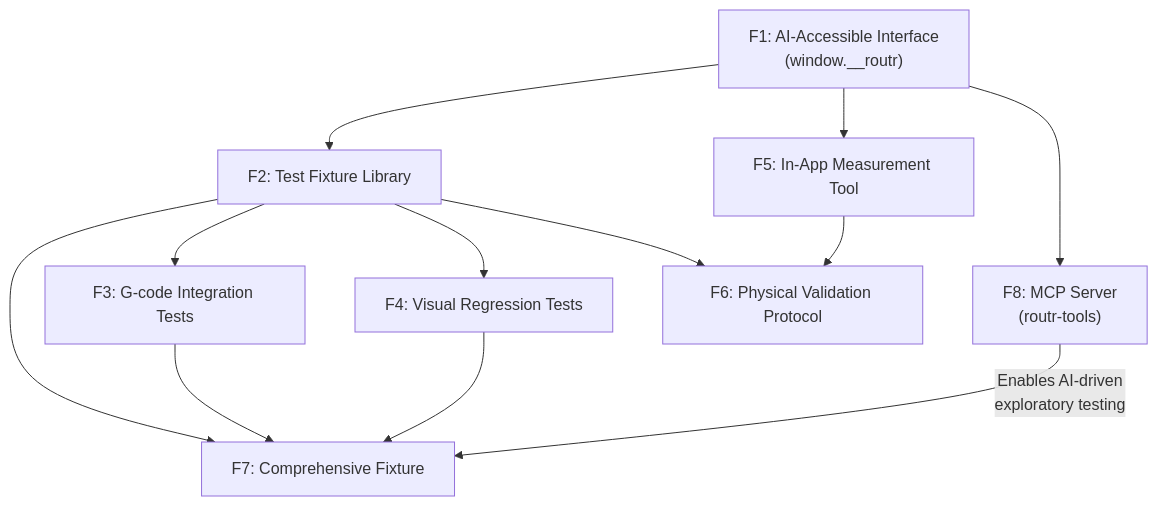
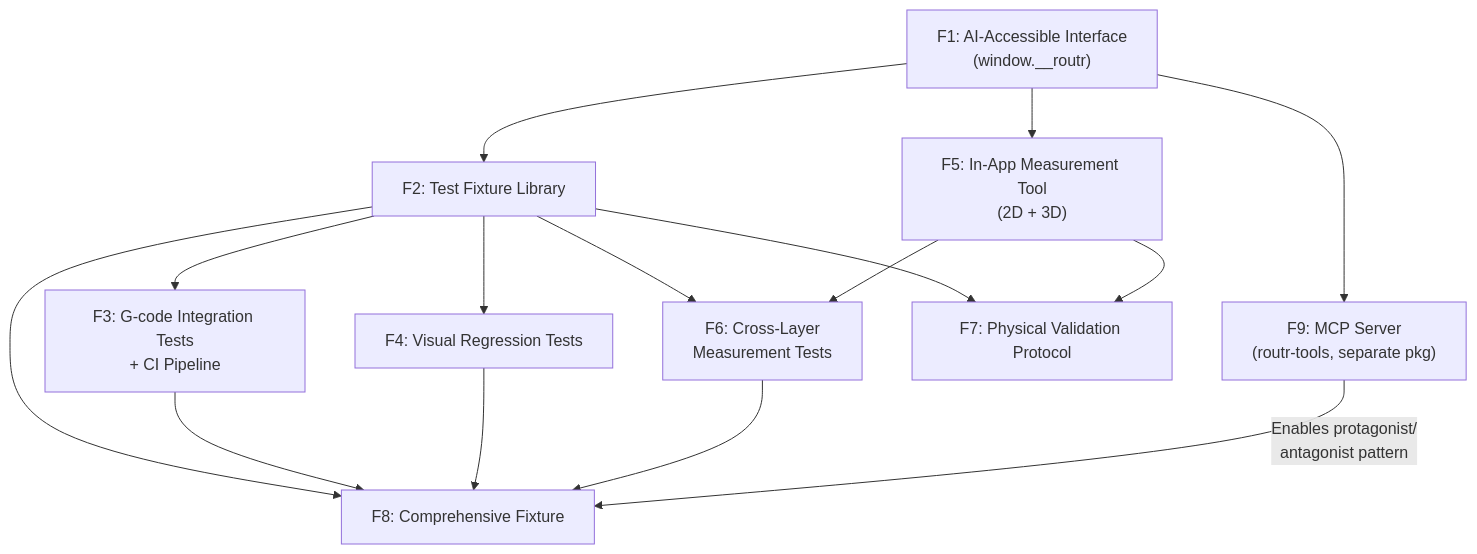
The eighth of 8 diagrams in docs/projects/routr/epics/validation.md (danhannah94/csdlc-docs), drawn with Mermaid before and after one commit. The commit also changed other lines of this file, not shown here.

Commit message:
docs: validation epic - refinement pass 4 (quality gates, protagonist/antagonist, cross-layer measurement, integration test strategy, MCP separate pkg, Fusion 360 UX)

````diff
--- a/docs/projects/routr/epics/validation.md
+++ b/docs/projects/routr/epics/validation.md
@@ -599,14 +795,17 @@
 ```mermaid
 graph TD
     F1["F1: AI-Accessible Interface<br/>(window.__routr)"] --> F2["F2: Test Fixture Library"]
-    F1 --> F5["F5: In-App Measurement Tool"]
-    F1 --> F8["F8: MCP Server<br/>(routr-tools)"]
-    F2 --> F3["F3: G-code Integration Tests"]
+    F1 --> F5["F5: In-App Measurement Tool<br/>(2D + 3D)"]
+    F1 --> F9["F9: MCP Server<br/>(routr-tools, separate pkg)"]
+    F2 --> F3["F3: G-code Integration Tests<br/>+ CI Pipeline"]
     F2 --> F4["F4: Visual Regression Tests"]
-    F2 --> F6["F6: Physical Validation Protocol"]
+    F2 --> F6["F6: Cross-Layer<br/>Measurement Tests"]
     F5 --> F6
-    F2 --> F7["F7: Comprehensive Fixture"]
-    F3 --> F7
-    F4 --> F7
-    F8 --> |"Enables AI-driven<br/>exploratory testing"| F7
+    F2 --> F7["F7: Physical Validation Protocol"]
+    F5 --> F7
+    F2 --> F8["F8: Comprehensive Fixture"]
+    F3 --> F8
+    F4 --> F8
+    F6 --> F8
+    F9 --> |"Enables protagonist/<br/>antagonist pattern"| F8
 ```
````
